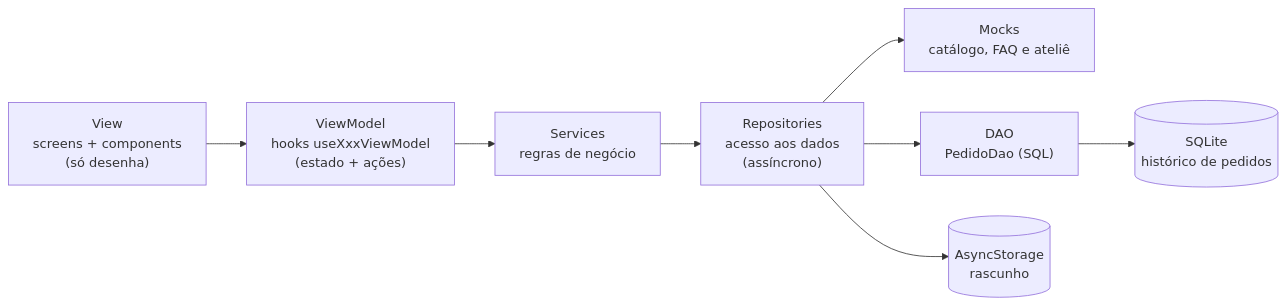
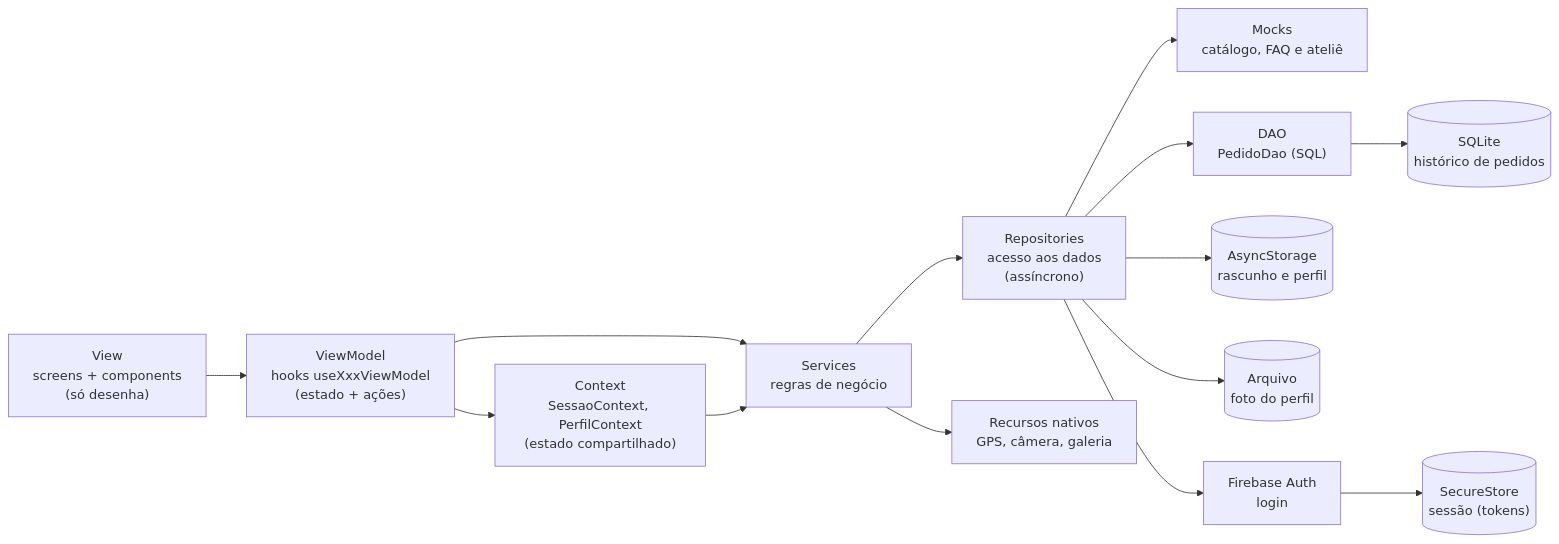
The diagram in README.md (princ1sval/atelie-mandalas-app), drawn with Mermaid before and after one commit. The commit also changed other lines of this file and 1 other file, not shown here.

First line of the commit message:
docs: README com contexto, recursos nativos, permissões, persistência e testes

````diff
--- a/README.md
+++ b/README.md
@@ -89,10 +99,16 @@
 ```mermaid
 flowchart LR
   V["View<br/>screens + components<br/>(só desenha)"] --> VM["ViewModel<br/>hooks useXxxViewModel<br/>(estado + ações)"]
+  VM --> C["Context<br/>SessaoContext, PerfilContext<br/>(estado compartilhado)"]
   VM --> S["Services<br/>regras de negócio"]
+  C --> S
   S --> R["Repositories<br/>acesso aos dados<br/>(assíncrono)"]
+  S --> N["Recursos nativos<br/>GPS, câmera, galeria"]
   R --> M["Mocks<br/>catálogo, FAQ e ateliê"]
   R --> D["DAO<br/>PedidoDao (SQL)"]
   D --> DB[("SQLite<br/>histórico de pedidos")]
-  R --> AS[("AsyncStorage<br/>rascunho")]
+  R --> AS[("AsyncStorage<br/>rascunho e perfil")]
+  R --> FS[("Arquivo<br/>foto do perfil")]
+  R --> FB["Firebase Auth<br/>login"]
+  FB --> SS[("SecureStore<br/>sessão (tokens)")]
 ```
````
